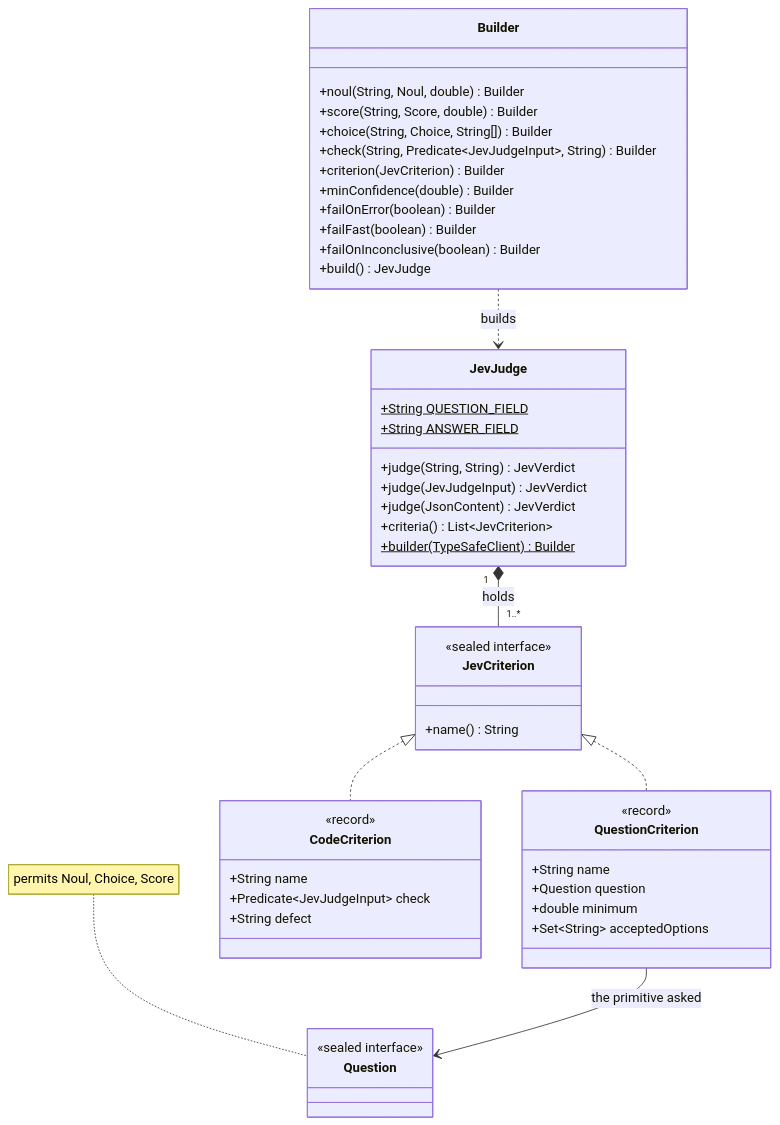
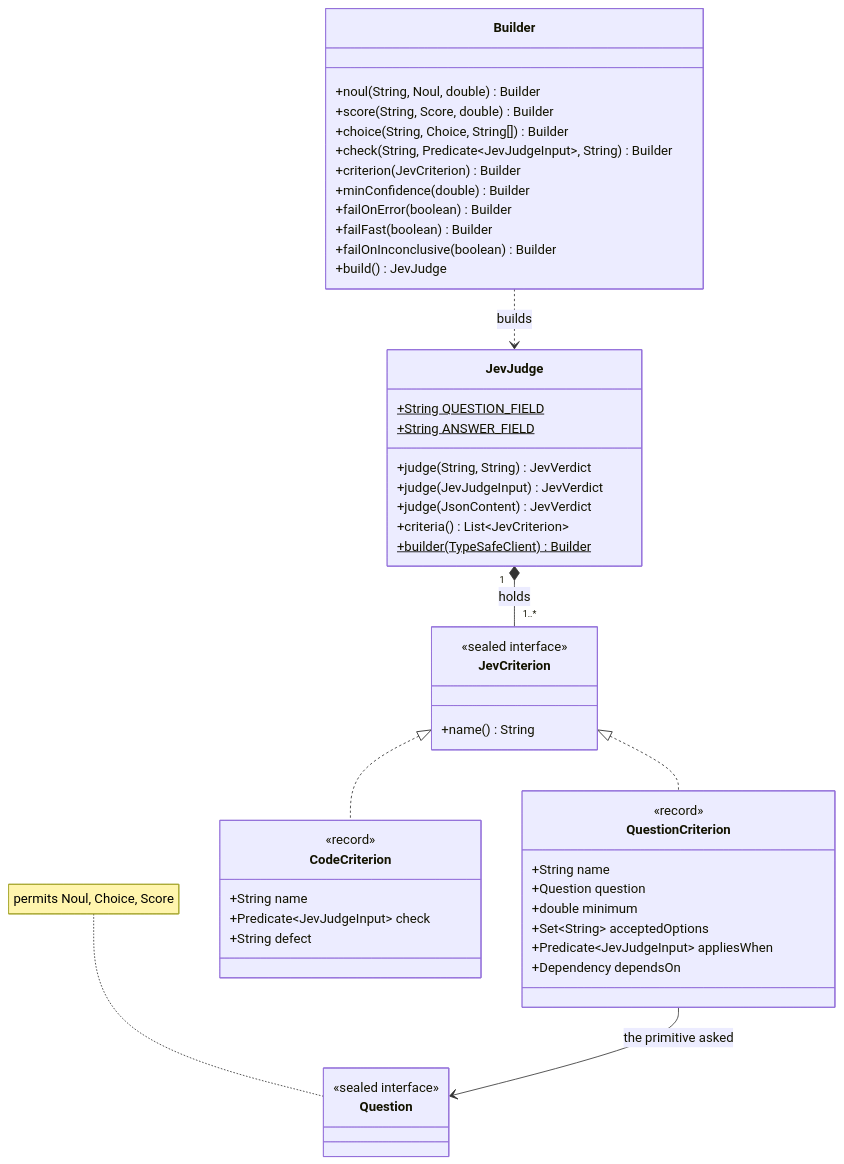
One commit to spring-ai-community/spring-ai-typesafe changed the first of 3 diagrams in docs/judge/JevJudge.md. Above: the diagram before and after it, drawn with Mermaid. The commit also changed other lines of this file and 13 other files, not shown here.

````diff
--- a/docs/judge/JevJudge.md
+++ b/docs/judge/JevJudge.md
@@ -28,59 +28,61 @@
 ```mermaid
 classDiagram
     direction TB
 
     class Builder {
         +noul(String, Noul, double) Builder
         +score(String, Score, double) Builder
         +choice(String, Choice, String[]) Builder
         +check(String, Predicate~JevJudgeInput~, String) Builder
         +criterion(JevCriterion) Builder
         +minConfidence(double) Builder
         +failOnError(boolean) Builder
         +failFast(boolean) Builder
         +failOnInconclusive(boolean) Builder
         +build() JevJudge
     }
 
     class JevJudge {
         +String QUESTION_FIELD$
         +String ANSWER_FIELD$
         +judge(String, String) JevVerdict
         +judge(JevJudgeInput) JevVerdict
         +judge(JsonContent) JevVerdict
         +criteria() List~JevCriterion~
         +builder(TypeSafeClient)$ Builder
     }
 
     class JevCriterion {
         <<sealed interface>>
         +name() String
     }
 
     class QuestionCriterion {
         <<record>>
         +String name
         +Question question
         +double minimum
         +Set~String~ acceptedOptions
+        +Predicate~JevJudgeInput~ appliesWhen
+        +Dependency dependsOn
     }
 
     class CodeCriterion {
         <<record>>
         +String name
         +Predicate~JevJudgeInput~ check
         +String defect
     }
 
     class Question {
         <<sealed interface>>
     }
 
     Builder ..> JevJudge : builds
     JevJudge "1" *-- "1..*" JevCriterion : holds
     JevCriterion <|.. QuestionCriterion
     JevCriterion <|.. CodeCriterion
     QuestionCriterion --> Question : the primitive asked
 
     note for Question "permits Noul, Choice, Score"
 ```
````
